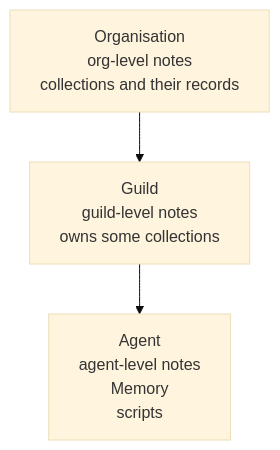
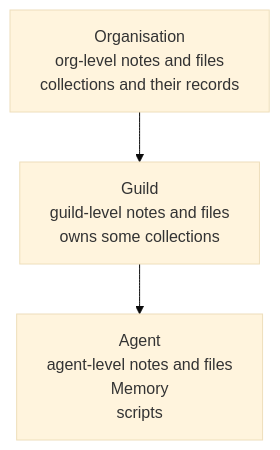
Before and after one commit to CigaleAI/guilds: the diagram in docs/concepts/artifacts.md, drawn with Mermaid (base theme). The commit also changed other lines of this file and 19 other files, not shown here.

````diff
--- a/docs/concepts/artifacts.md
+++ b/docs/concepts/artifacts.md
@@ -42,7 +44,7 @@
 ```mermaid
 flowchart TD
-  O["Organisation<br/>org-level notes<br/>collections and their records"]
-  G["Guild<br/>guild-level notes<br/>owns some collections"]
-  A["Agent<br/>agent-level notes<br/>Memory<br/>scripts"]
+  O["Organisation<br/>org-level notes and files<br/>collections and their records"]
+  G["Guild<br/>guild-level notes and files<br/>owns some collections"]
+  A["Agent<br/>agent-level notes and files<br/>Memory<br/>scripts"]
   O --> G --> A
 ```
````
